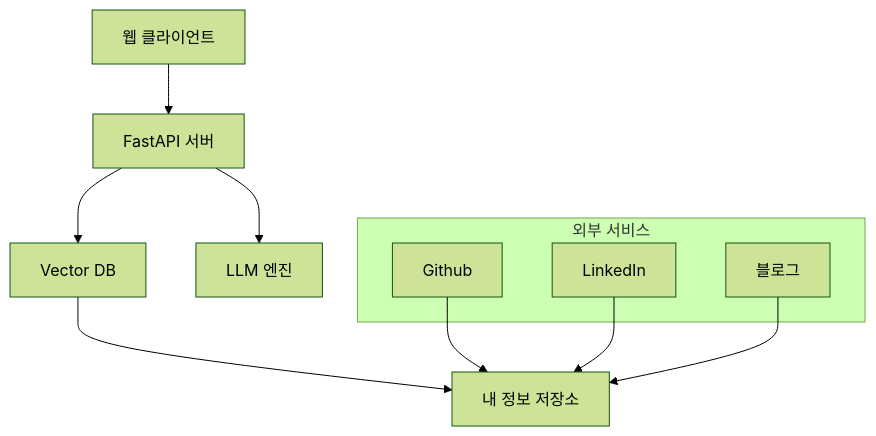
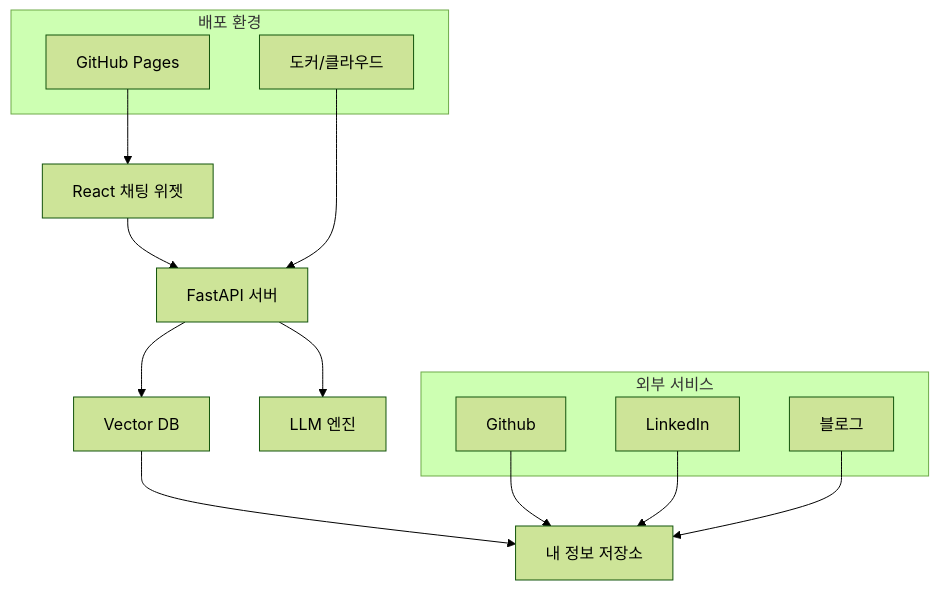
The first of 5 diagrams in docs/design.md (watanka/AbotMe), drawn with Mermaid (forest theme) before and after one commit. The commit also changed other lines of this file and 2 other files, not shown here.

Commit message:
프론트엔드 스택 react-chat-widget으로 변경

````diff
--- a/docs/design.md
+++ b/docs/design.md
@@ -4,17 +4,25 @@
 ```mermaid
 graph TD
-    A[웹 클라이언트] --> B[FastAPI 서버]
+    A[React 채팅 위젯] --> B[FastAPI 서버]
     B --> C[LLM 엔진]
     B --> D[Vector DB]
     D --> E[내 정보 저장소]
     
     subgraph 외부 서비스
         F[Github]
         G[LinkedIn]
         H[블로그]
     end
     
     F --> E
     G --> E
     H --> E
+    
+    subgraph 배포 환경
+        I[GitHub Pages]
+        J[도커/클라우드]
+    end
+    
+    I --> A
+    J --> B
 ```
````
